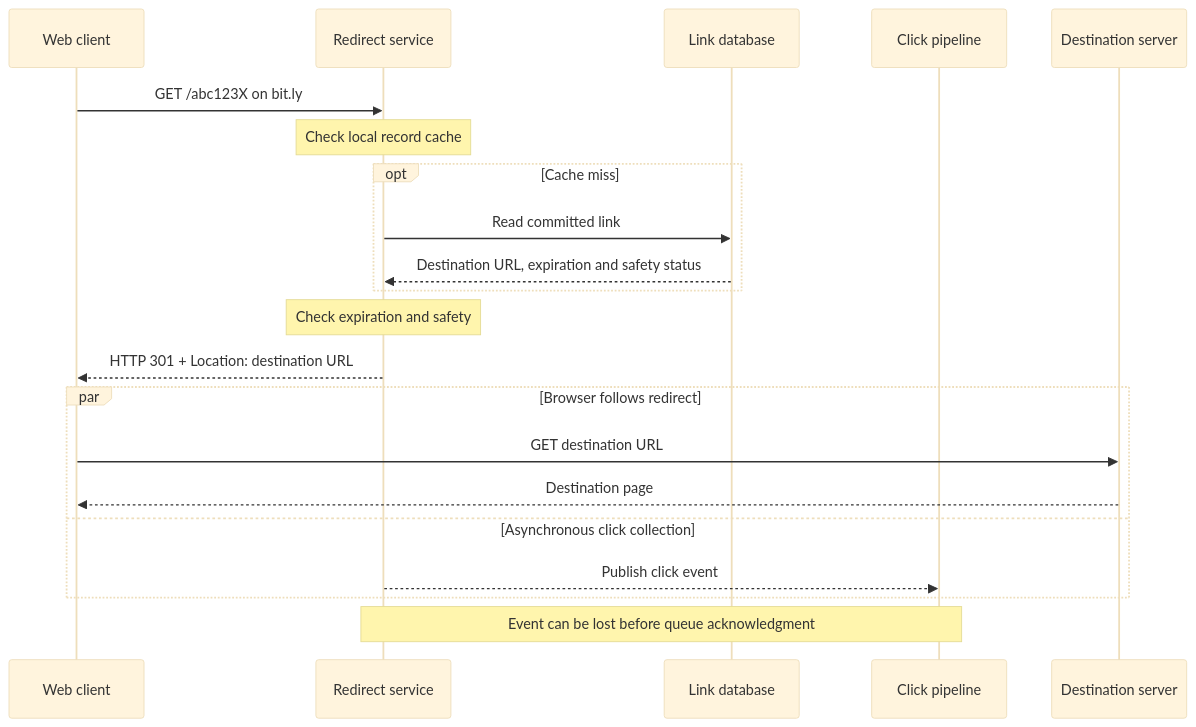
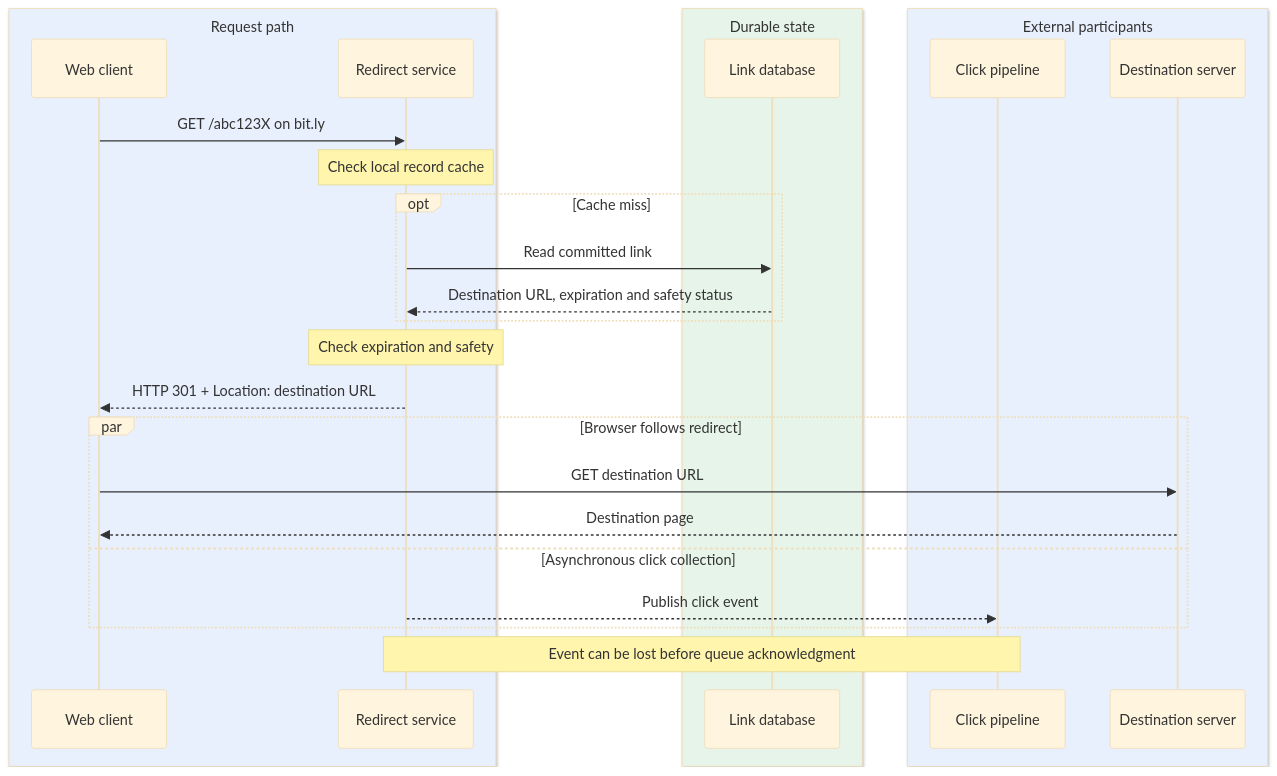
Before and after one commit to iliazlobin/iliazlobin.github.io: the third of 6 diagrams in _designs/system-design-bitly-url-shortener.md, drawn with Mermaid (base theme). The commit also changed other lines of this file and 20 other files, not shown here.

Commit message:
Improve design flows, tradeoffs, and technology references

````diff
--- a/_designs/system-design-bitly-url-shortener.md
+++ b/_designs/system-design-bitly-url-shortener.md
@@ -293,23 +308,29 @@
 ```mermaid
 sequenceDiagram
-    participant W as Web client
-    participant R as Redirect service
-    participant D as Link database
-    participant P as Click pipeline
-    participant T as Destination server
+  box rgb(232,240,254) Request path
+  participant W as Web client
+  participant R as Redirect service
+  end
+  box rgb(230,244,234) Durable state
+  participant D as Link database
+  end
+  box rgb(232,240,254) External participants
+  participant P as Click pipeline
+  participant T as Destination server
+  end
     W->>R: GET /abc123X on bit.ly
     Note over R: Check local record cache
     opt Cache miss
         R->>D: Read committed link
         D-->>R: Destination URL, expiration and safety status
     end
     Note over R: Check expiration and safety
     R-->>W: HTTP 301 + Location: destination URL
     par Browser follows redirect
         W->>T: GET destination URL
         T-->>W: Destination page
     and Asynchronous click collection
         R-->>P: Publish click event
     end
     Note over R,P: Event can be lost before queue acknowledgment
 ```
````
